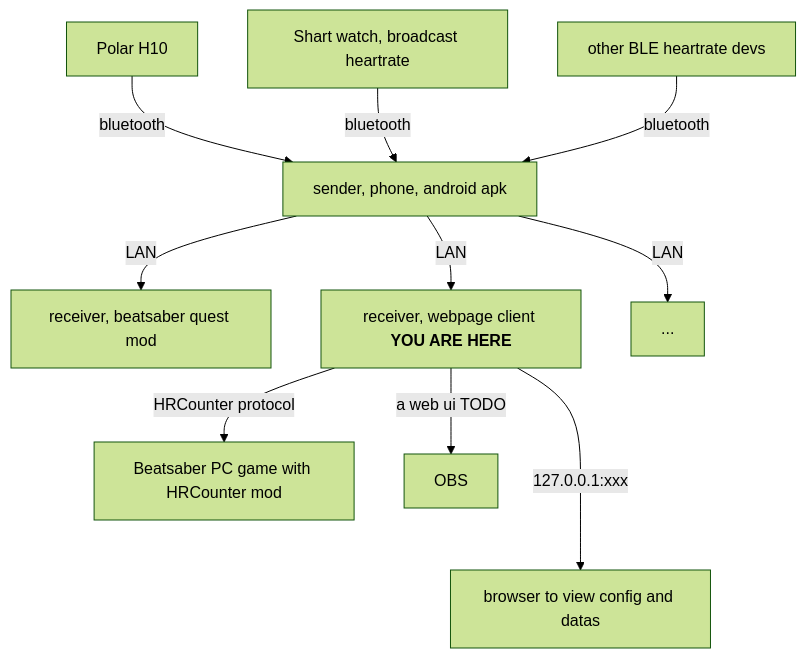
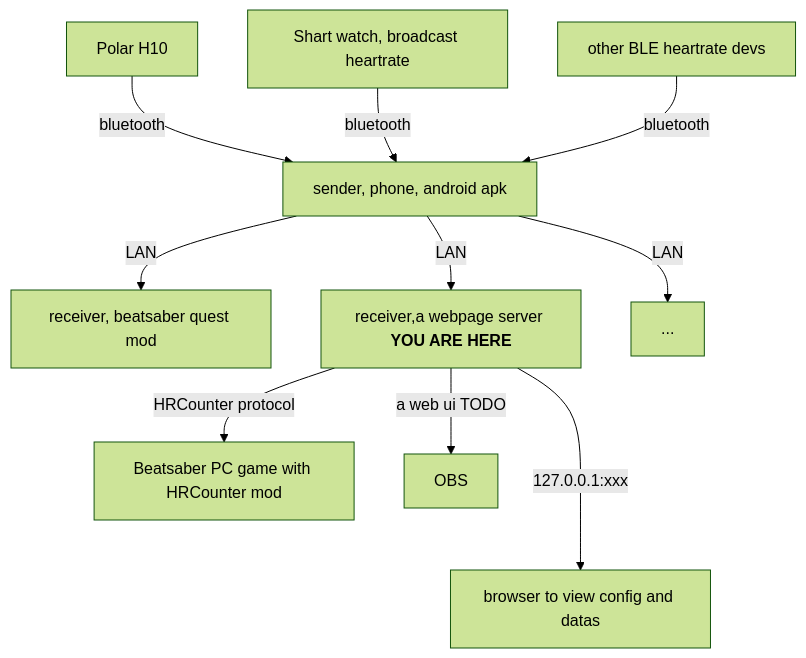
One commit to frto027/HeartbeatLanClient changed the diagram in README.md. Above: the diagram before and after it, drawn with Mermaid (forest theme).

````diff
--- a/README.md
+++ b/README.md
@@ -39,23 +39,23 @@
 ```mermaid
 graph TD;
     POLAR_H10[Polar H10]
     SMART_WATCH[Shart watch, broadcast heartrate]
     BLE_DEV[other BLE heartrate devs]
     PHONE[sender, phone, android apk]
     BEATSABER[receiver, beatsaber quest mod]
-    PCAPP[receiver, webpage client <b>YOU ARE HERE</b>]
+    PCAPP[receiver,a webpage server <b>YOU ARE HERE</b>]
     BEATSABER_PC[Beatsaber PC game with HRCounter mod]
     BROWSER[browser to view config and datas]
 
     POLAR_H10--bluetooth-->PHONE;
     SMART_WATCH--bluetooth-->PHONE;
     BLE_DEV--bluetooth-->PHONE;
     PHONE--LAN-->BEATSABER;
     PHONE--LAN-->PCAPP;
     PHONE--LAN-->...;
 
     PCAPP--127.0.0.1:xxxx-->BROWSER;
     PCAPP--HRCounter protocol-->BEATSABER_PC;
     PCAPP--a web ui TODO-->OBS
 
 ```
````
